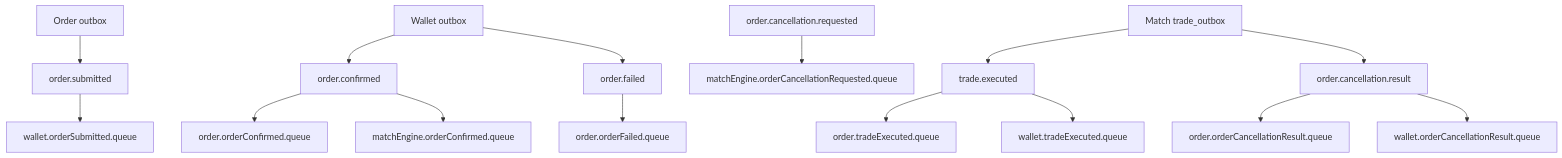
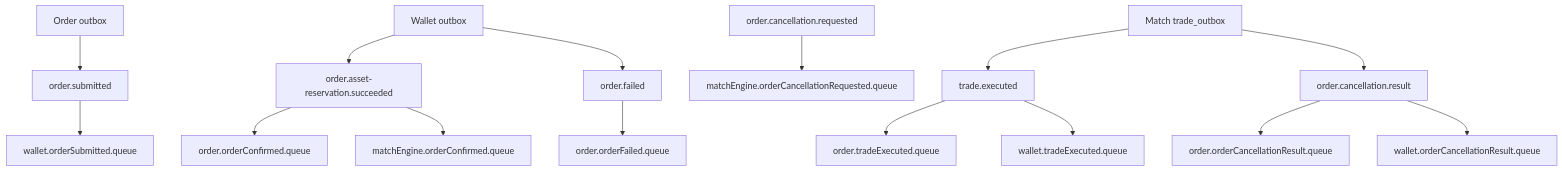
The third of 8 diagrams in docs/order-event-lifecycle.zh-TW.md (Yitin-tsai/eap-infra), drawn with Mermaid before and after one commit. The commit also changed other lines of this file and 34 other files, not shown here.

````diff
--- a/docs/order-event-lifecycle.zh-TW.md
+++ b/docs/order-event-lifecycle.zh-TW.md
@@ -49,17 +121,17 @@
 ```mermaid
 graph TD
     submitted["order.submitted"] --> walletSubmitted["wallet.orderSubmitted.queue"]
-    confirmed["order.confirmed"] --> orderConfirmed["order.orderConfirmed.queue"]
+    confirmed["order.asset-reservation.succeeded"] --> orderConfirmed["order.orderConfirmed.queue"]
     confirmed --> matchConfirmed["matchEngine.orderConfirmed.queue"]
     failed["order.failed"] --> orderFailed["order.orderFailed.queue"]
     trade["trade.executed"] --> orderTrade["order.tradeExecuted.queue"]
     trade --> walletTrade["wallet.tradeExecuted.queue"]
     cancelRequested["order.cancellation.requested"] --> matchCancel["matchEngine.orderCancellationRequested.queue"]
     cancelResult["order.cancellation.result"] --> orderCancel["order.orderCancellationResult.queue"]
     cancelResult --> walletCancel["wallet.orderCancellationResult.queue"]
     orderSubmitted["Order outbox"] --> submitted
     walletOutbox["Wallet outbox"] --> confirmed
     walletOutbox --> failed
     matchOutbox["Match trade_outbox"] --> trade
     matchOutbox --> cancelResult
 ```
````
